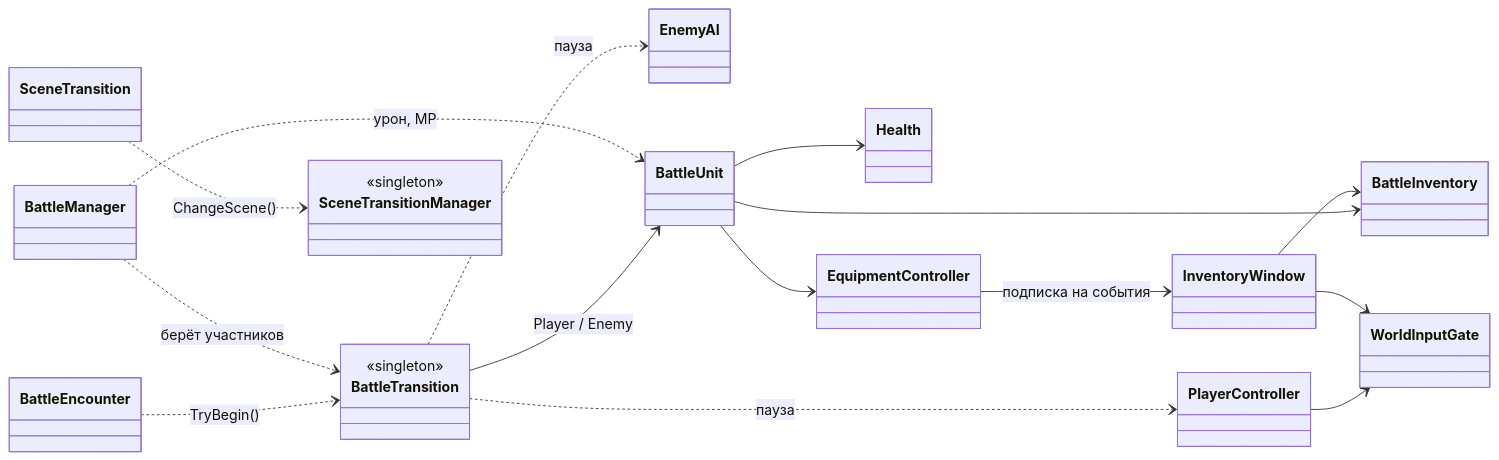
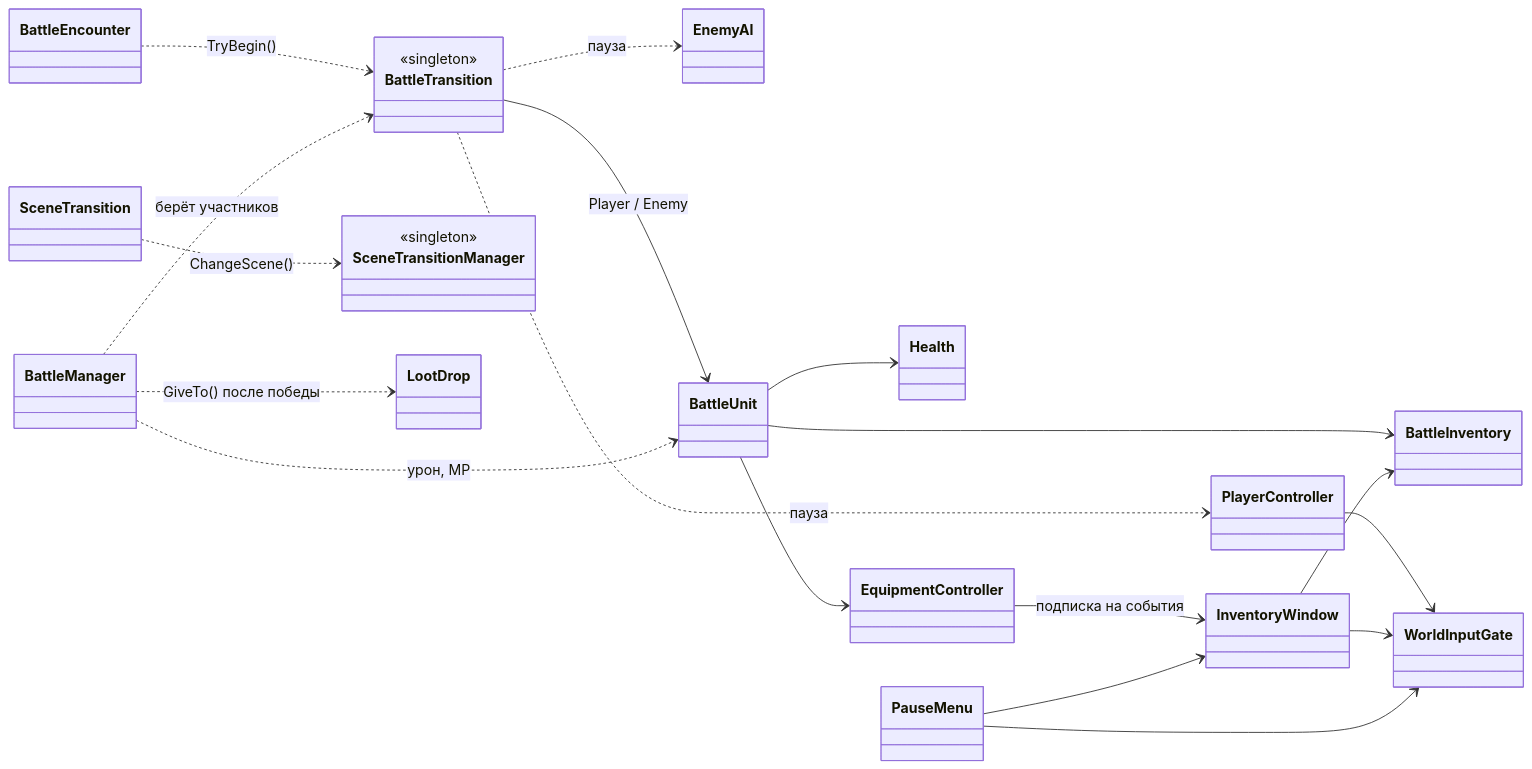
One commit to Sm1le621/FalseMemory changed the first of 4 diagrams in Docs/03-class-diagram.md. Above: the diagram before and after it, drawn with Mermaid. The commit also changed other lines of this file and 19 other files, not shown here.

First line of the commit message:
feat: add pause menu, Excalibur boss loot and battle SFX

````diff
--- a/Docs/03-class-diagram.md
+++ b/Docs/03-class-diagram.md
@@ -23,33 +23,36 @@
 ```mermaid
 classDiagram
 direction LR
 class PlayerController
 class EnemyAI
 class BattleEncounter
 class BattleTransition
 <<singleton>> BattleTransition
 class BattleManager
 class BattleUnit
 class Health
 class BattleInventory
 class EquipmentController
 class InventoryWindow
 class SceneTransition
 class SceneTransitionManager
 <<singleton>> SceneTransitionManager
 
 BattleEncounter ..> BattleTransition : TryBegin()
 BattleTransition --> BattleUnit : Player / Enemy
 BattleManager ..> BattleTransition : берёт участников
 BattleManager ..> BattleUnit : урон, MP
 BattleUnit --> Health
 BattleUnit --> BattleInventory
 BattleUnit --> EquipmentController
 InventoryWindow --> BattleInventory
 EquipmentController --> InventoryWindow : подписка на события
 PlayerController --> WorldInputGate
 InventoryWindow --> WorldInputGate
 SceneTransition ..> SceneTransitionManager : ChangeScene()
+BattleManager ..> LootDrop : GiveTo() после победы
+PauseMenu --> InventoryWindow
+PauseMenu --> WorldInputGate
 BattleTransition ..> PlayerController : пауза
 BattleTransition ..> EnemyAI : пауза
 ```
````
